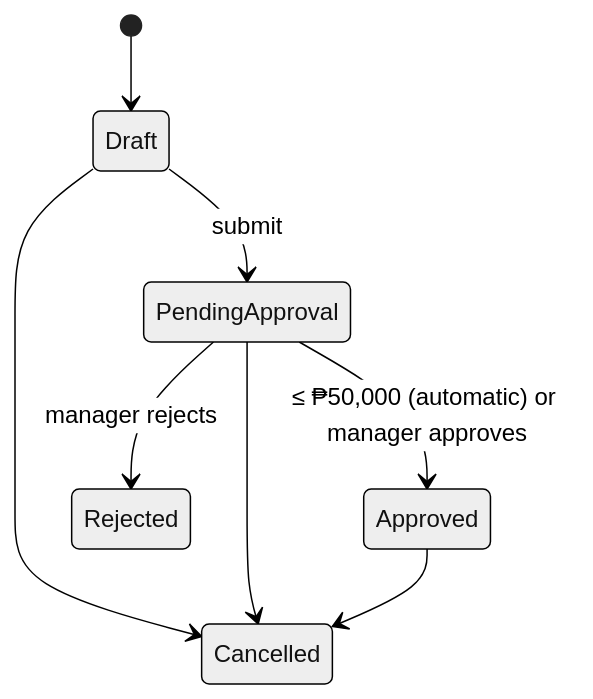
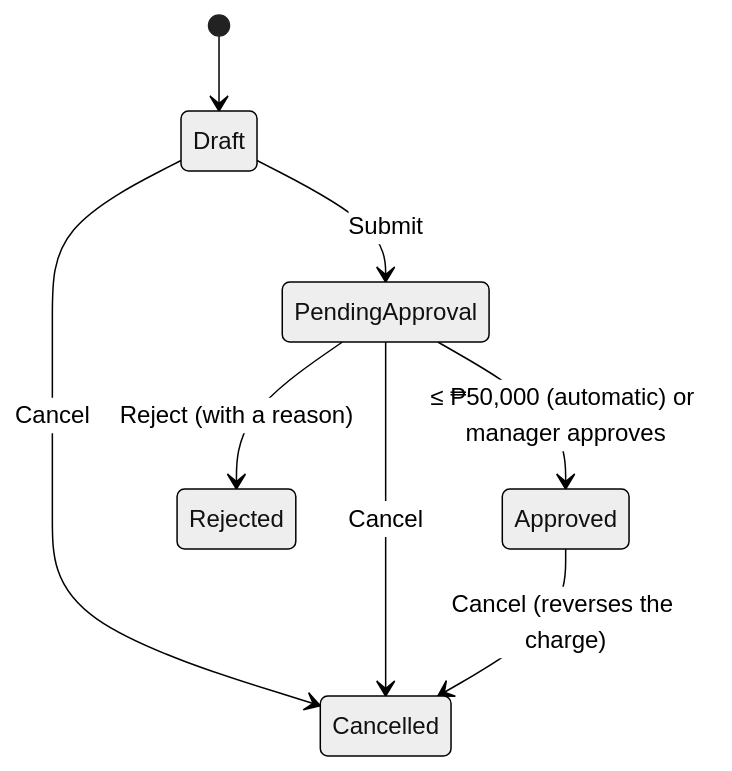
One commit to Dyastinn/Modular-monolith changed the diagram in plan-business-tutorial/03-domain-model.md. Above: the diagram before and after it, drawn with Mermaid (neutral theme). The commit also changed other lines of this file and 336 other files, not shown here.

````diff
--- a/plan-business-tutorial/03-domain-model.md
+++ b/plan-business-tutorial/03-domain-model.md
@@ -314,10 +381,10 @@
 ```mermaid
 stateDiagram-v2
   [*] --> Draft
-  Draft --> PendingApproval: submit
+  Draft --> PendingApproval: Submit
+  Draft --> Cancelled: Cancel
   PendingApproval --> Approved: ≤ ₱50,000 (automatic) or manager approves
-  PendingApproval --> Rejected: manager rejects
-  Draft --> Cancelled
-  PendingApproval --> Cancelled
-  Approved --> Cancelled
+  PendingApproval --> Rejected: Reject (with a reason)
+  PendingApproval --> Cancelled: Cancel
+  Approved --> Cancelled: Cancel (reverses the charge)
 ```
````
